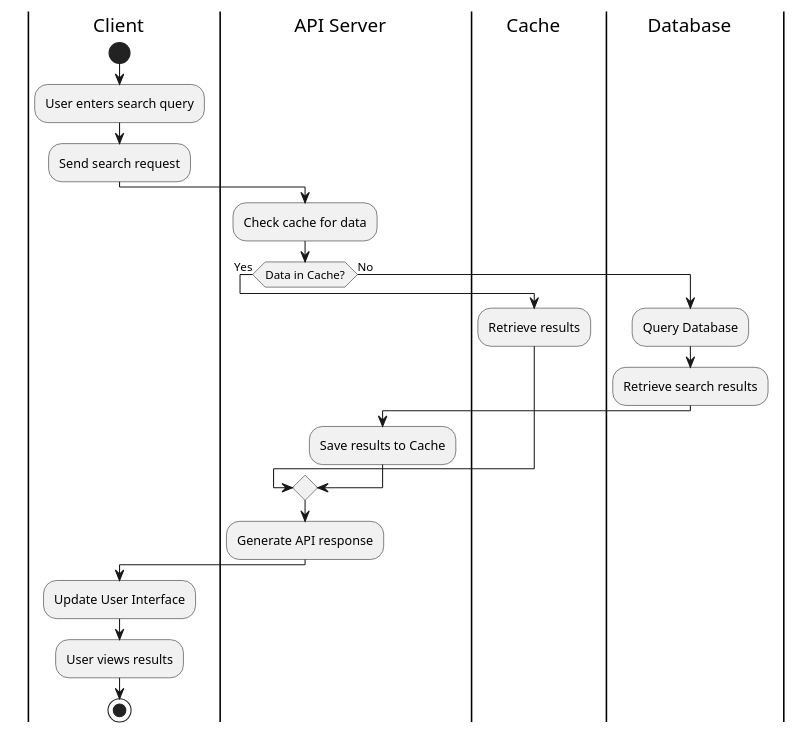
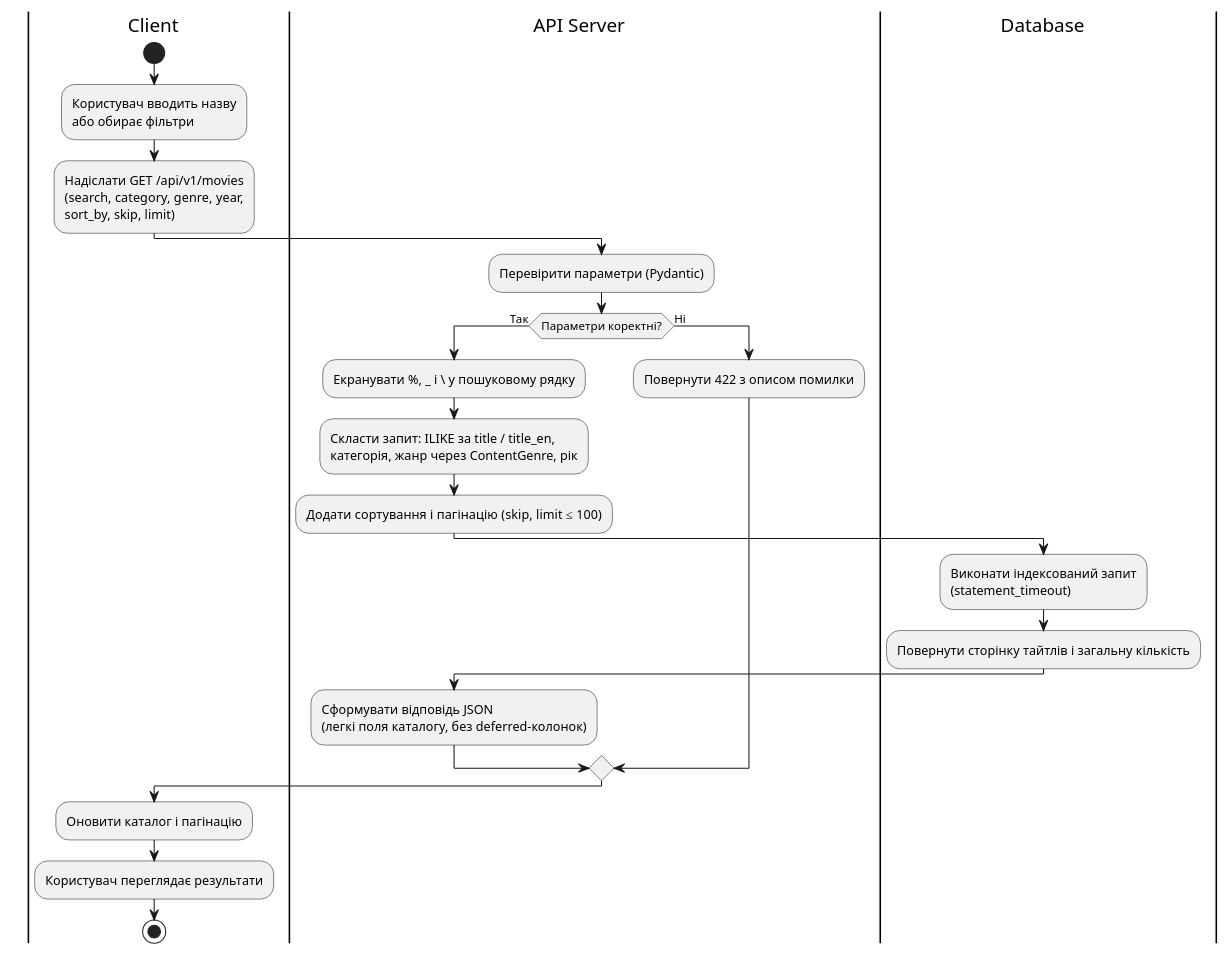
The diagram in docs/architecture/uml/activity-diagram.puml (ukma-fin-ssdm-2026/ctrl-alt-defeat), drawn with PlantUML before and after one commit. The commit also changed 2 other files, not shown here.

Commit message:
docs: update sequence, activity and component diagrams to the implemented flows

```diff
--- a/docs/architecture/uml/activity-diagram.puml
+++ b/docs/architecture/uml/activity-diagram.puml
@@ -1,32 +1,32 @@
 @startuml
+' Пошук і фільтрація каталогу (FR-002, FR-010): GET /api/v1/movies
 skinparam swimlaneWidth same
 
 |Client|
 start
-:User enters search query;
-:Send search request;
+:Користувач вводить назву\nабо обирає фільтри;
+:Надіслати GET /api/v1/movies\n(search, category, genre, year,\nsort_by, skip, limit);
 
 |API Server|
-:Check cache for data;
+:Перевірити параметри (Pydantic);
+if (Параметри коректні?) then (Так)
+  :Екранувати %, _ і \\ у пошуковому рядку;
+  :Скласти запит: ILIKE за title / title_en,\nкатегорія, жанр через ContentGenre, рік;
+  :Додати сортування і пагінацію (skip, limit ≤ 100);
 
-if (Data in Cache?) then (Yes)
-  |Cache|
-  :Retrieve results;
-else (No)
   |Database|
-  :Query Database;
-  :Retrieve search results;
-  
+  :Виконати індексований запит\n(statement_timeout);
+  :Повернути сторінку тайтлів і загальну кількість;
+
   |API Server|
-  :Save results to Cache;
+  :Сформувати відповідь JSON\n(легкі поля каталогу, без deferred-колонок);
+else (Ні)
+  :Повернути 422 з описом помилки;
 endif
 
-|API Server|
-:Generate API response;
-
 |Client|
-:Update User Interface;
-:User views results;
+:Оновити каталог і пагінацію;
+:Користувач переглядає результати;
 
 stop
 @enduml
```
